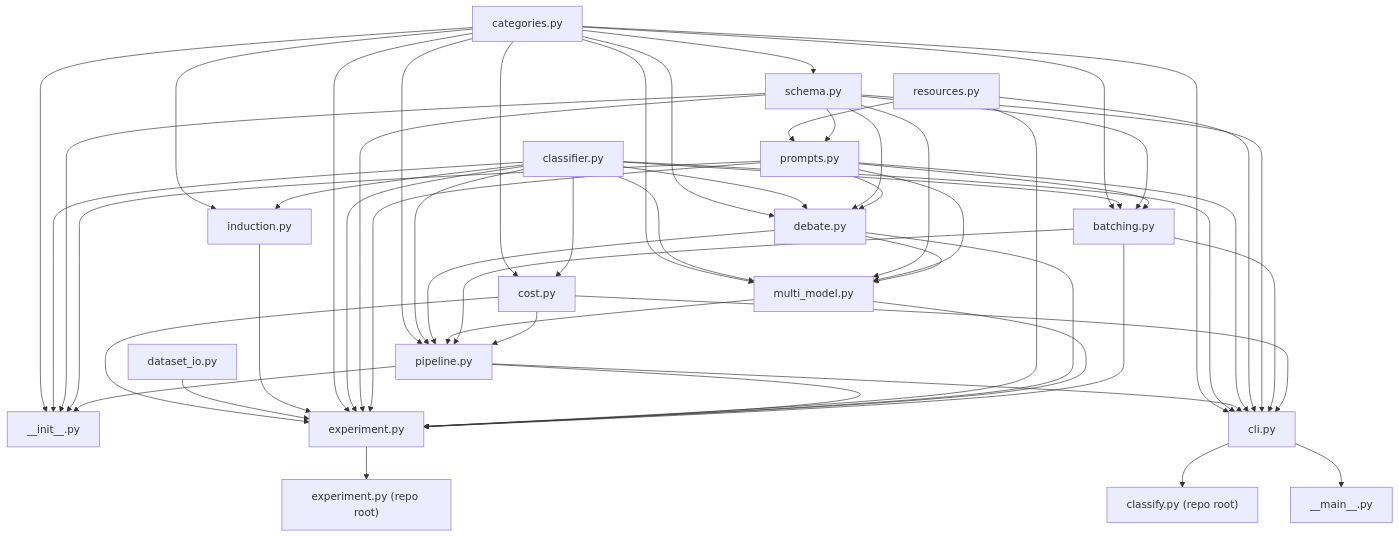
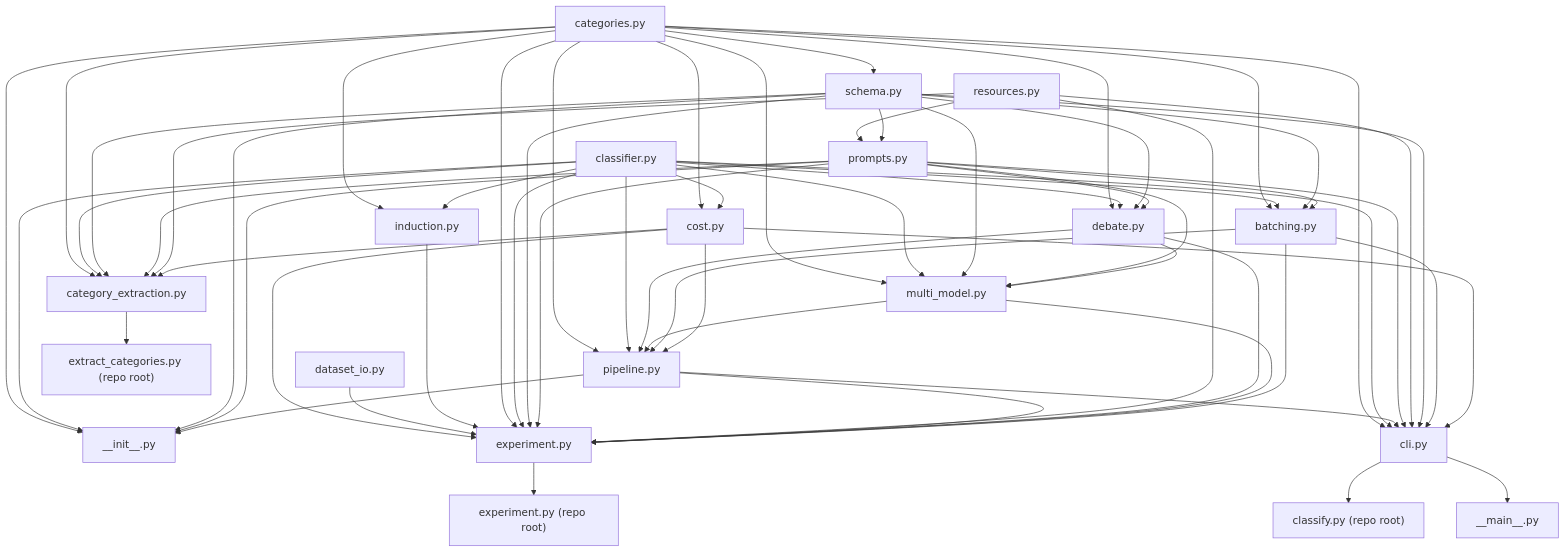
Before and after one commit to bastianellie/ds-query-classification: the diagram in spec/ARCHITECTURE.md, drawn with Mermaid. The commit also changed other lines of this file and 13 other files, not shown here.

First line of the commit message:
feat: add standalone category extraction from a free-text prompt (spec 8)

````diff
--- a/spec/ARCHITECTURE.md
+++ b/spec/ARCHITECTURE.md
@@ -18,57 +18,64 @@
 ```mermaid
 graph TD
     categories[categories.py] --> schema[schema.py]
     categories --> pipeline[pipeline.py]
     categories --> init["__init__.py"]
     categories --> debate[debate.py]
     classifier[classifier.py] --> pipeline
     classifier --> init
     classifier --> debate
     resources[resources.py] --> prompts[prompts.py]
     schema --> prompts
     schema --> init
     schema --> debate
     prompts --> init
     prompts --> debate
     categories --> multi_model[multi_model.py]
     classifier --> multi_model
     schema --> multi_model
     prompts --> multi_model
     debate --> multi_model
     debate --> pipeline
     multi_model --> pipeline
     categories --> batching[batching.py]
     classifier --> batching
     schema --> batching
     prompts --> batching
     batching --> pipeline
     pipeline --> init
     categories --> cli[cli.py]
     classifier --> cli
     pipeline --> cli
     prompts --> cli
     resources --> cli
     schema --> cli
     batching --> cli
     categories --> cost[cost.py]
     classifier --> cost
     cost --> pipeline
     cost --> cli
     cost --> experiment
     cli --> main["__main__.py"]
     cli --> classify_py["classify.py (repo root)"]
     categories --> induction[induction.py]
     classifier --> induction
     dataset_io[dataset_io.py] --> experiment[experiment.py]
     induction --> experiment
     categories --> experiment
     classifier --> experiment
     schema --> experiment
     prompts --> experiment
     resources --> experiment
     pipeline --> experiment
     debate --> experiment
     multi_model --> experiment
     batching --> experiment
     experiment --> experiment_py["experiment.py (repo root)"]
+    categories --> category_extraction[category_extraction.py]
+    classifier --> category_extraction
+    schema --> category_extraction
+    prompts --> category_extraction
+    resources --> category_extraction
+    cost --> category_extraction
+    category_extraction --> extract_categories_py["extract_categories.py (repo root)"]
 ```
````
